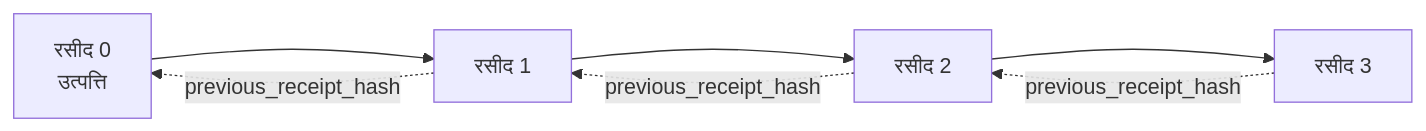
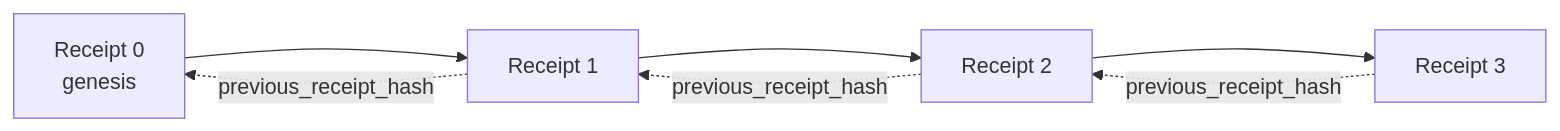
One commit to microsoft/ai-agents-for-beginners changed the second of 2 diagrams in translations/hi/18-securing-ai-agents/README.md. Above: the diagram before and after it, drawn with Mermaid. The commit also changed other lines of this file and 7 other files, not shown here.

````diff
--- a/translations/hi/18-securing-ai-agents/README.md
+++ b/translations/hi/18-securing-ai-agents/README.md
@@ -203,9 +226,9 @@
 ```mermaid
 flowchart LR
-    R0[रसीद 0<br/>उत्पत्ति] --> R1[रसीद 1]
-    R1 --> R2[रसीद 2]
-    R2 --> R3[रसीद 3]
+    R0[Receipt 0<br/>genesis] --> R1[Receipt 1]
+    R1 --> R2[Receipt 2]
+    R2 --> R3[Receipt 3]
     R1 -. previous_receipt_hash .-> R0
     R2 -. previous_receipt_hash .-> R1
     R3 -. previous_receipt_hash .-> R2
 ```
````
